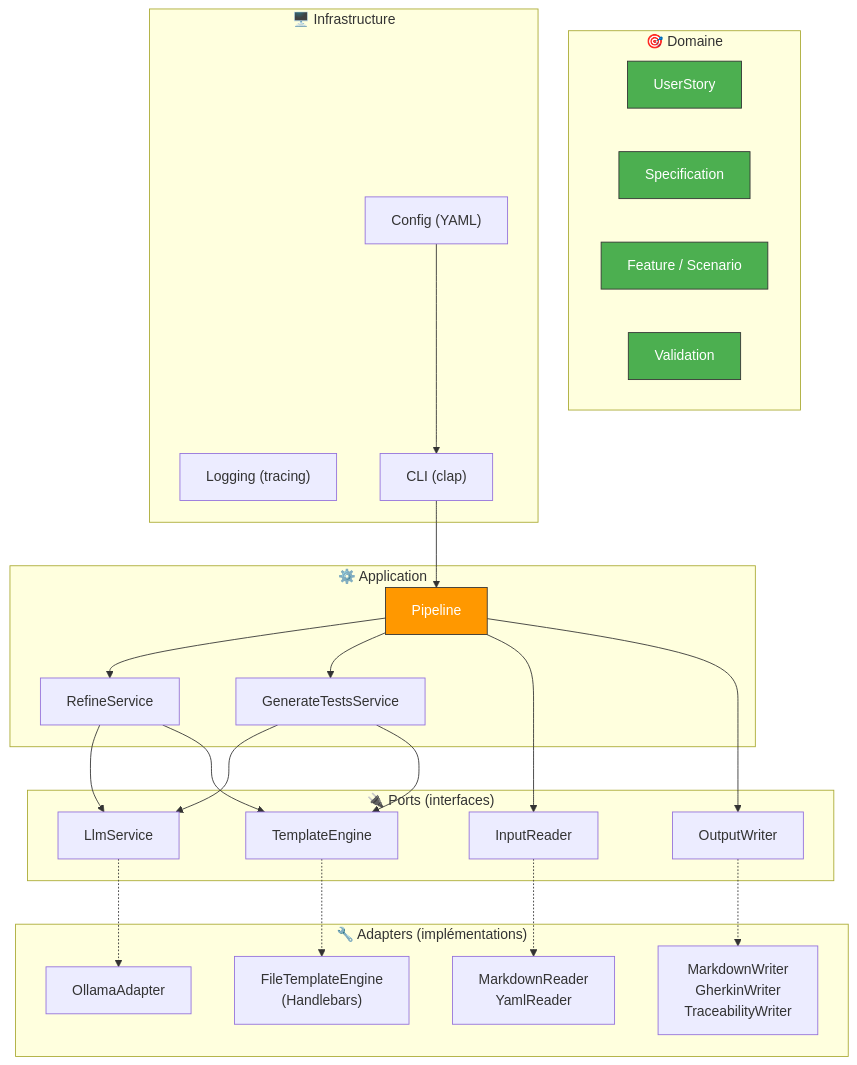
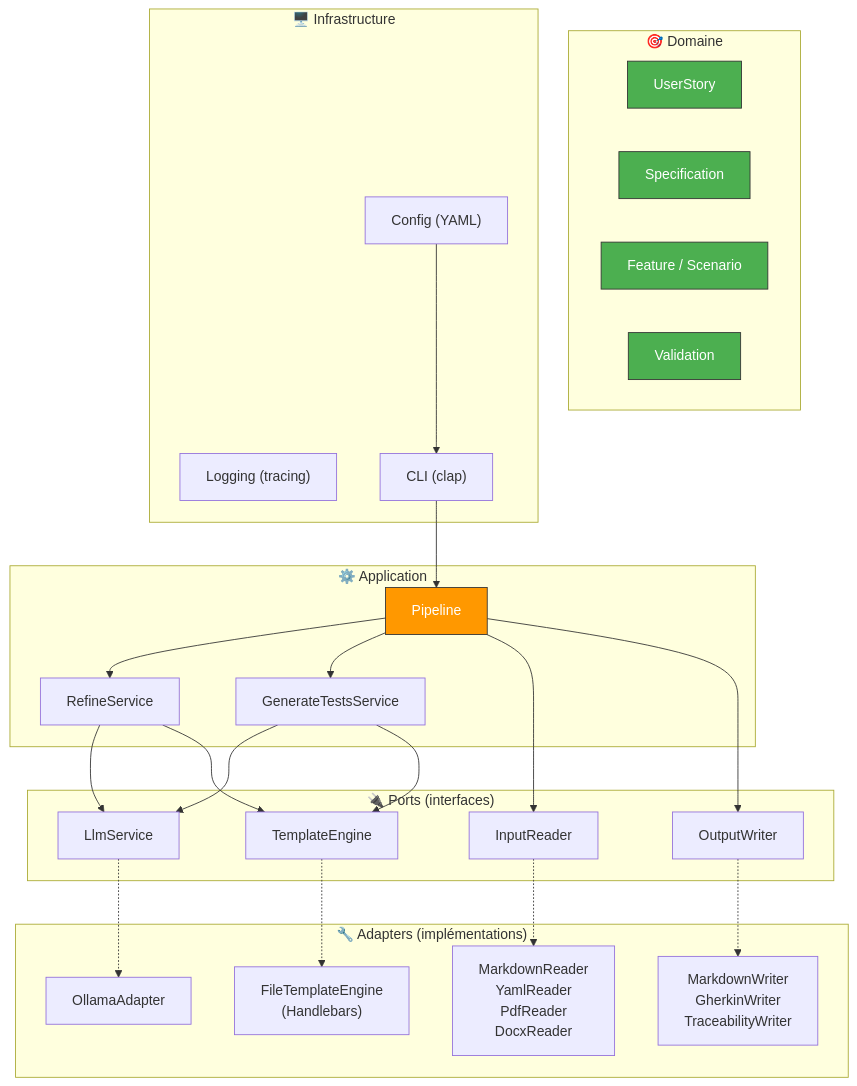
Before and after one commit to muchiny/spec-forge: the third of 6 diagrams in README.md, drawn with Mermaid. The commit also changed other lines of this file and 41 other files, not shown here.

````diff
--- a/README.md
+++ b/README.md
@@ -198,58 +231,58 @@
 ```mermaid
 graph TB
     subgraph "🎯 Domaine"
         US["UserStory"]
         SP["Specification"]
         TC["Feature / Scenario"]
         VA["Validation"]
     end
 
     subgraph "🔌 Ports (interfaces)"
         P1["LlmService"]
         P2["InputReader"]
         P3["OutputWriter"]
         P4["TemplateEngine"]
     end
 
     subgraph "🔧 Adapters (implémentations)"
         A1["OllamaAdapter"]
-        A2["MarkdownReader<br/>YamlReader"]
+        A2["MarkdownReader<br/>YamlReader<br/>PdfReader<br/>DocxReader"]
         A3["MarkdownWriter<br/>GherkinWriter<br/>TraceabilityWriter"]
         A4["FileTemplateEngine<br/>(Handlebars)"]
     end
 
     subgraph "⚙️ Application"
         SVC1["RefineService"]
         SVC2["GenerateTestsService"]
         PIP["Pipeline"]
     end
 
     subgraph "🖥️ Infrastructure"
         CFG["Config (YAML)"]
         LOG["Logging (tracing)"]
         CLI["CLI (clap)"]
     end
 
     P1 -.-> A1
     P2 -.-> A2
     P3 -.-> A3
     P4 -.-> A4
 
     PIP --> SVC1
     PIP --> SVC2
     SVC1 --> P1
     SVC1 --> P4
     SVC2 --> P1
     SVC2 --> P4
     PIP --> P2
     PIP --> P3
 
     CLI --> PIP
     CFG --> CLI
 
     style US fill:#4CAF50,stroke:#333,color:#fff
     style SP fill:#4CAF50,stroke:#333,color:#fff
     style TC fill:#4CAF50,stroke:#333,color:#fff
     style VA fill:#4CAF50,stroke:#333,color:#fff
     style PIP fill:#FF9800,stroke:#333,color:#fff
 ```
````
